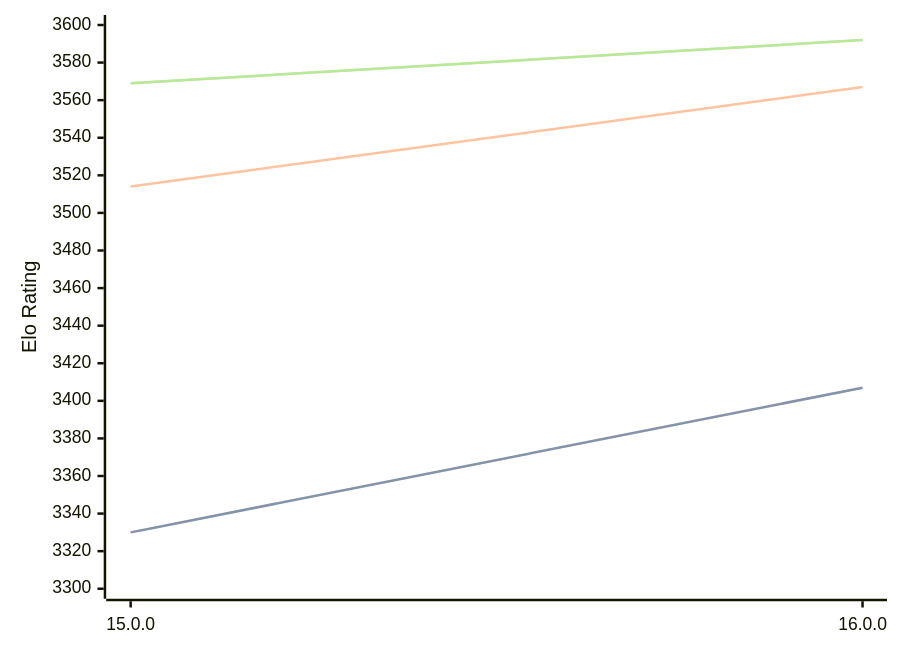
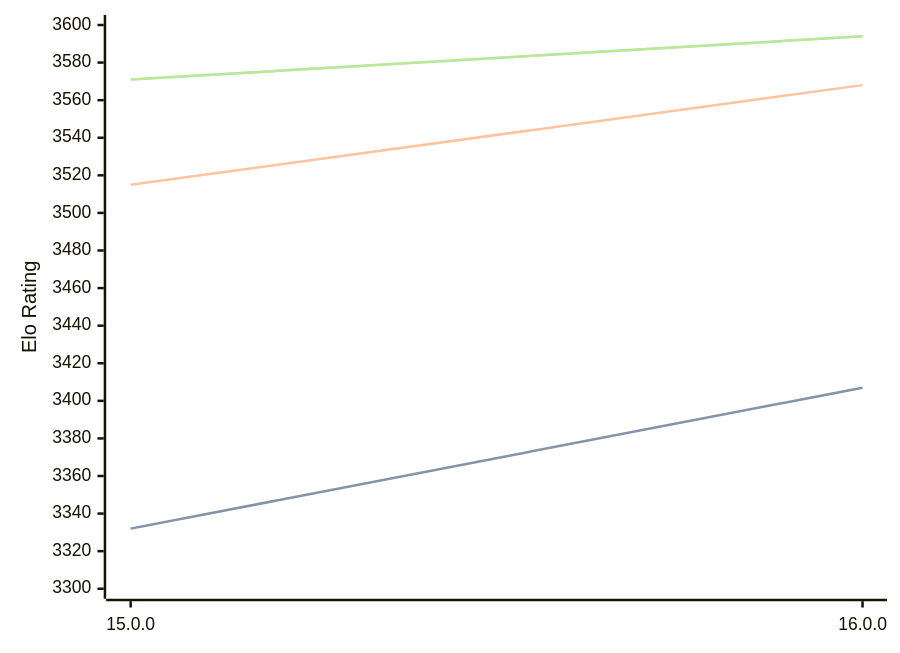
The diagram in engines/Halogen.md (computer-chess-index/cci), drawn with Mermaid before and after one commit. The commit also changed other lines of this file, not shown here.

Commit message:
Update CCI Ratings (ELO VLTC) - 2026-05-03

````diff
--- a/engines/Halogen.md
+++ b/engines/Halogen.md
@@ -50,11 +50,11 @@
 ```mermaid
 %%{init: {"theme":"base","themeVariables":{"seriesColors:['#a3a3a3','#222221','#faa371']}}}%%
 xychart-beta
   x-axis ["15.0.0", "16.0.0"]
   y-axis "Elo Rating" 3300 --> 3600
-  line "STC (8.0+0.08s)" [3330, 3407]
-  line "STC (8.0+0.08s)" [3330, 3407]
-  line "LTC (60.0+0.60s)" [3514, 3567]
-  line "VLTC (2m24s+1.12s)" [3569, 3592]
-  line "VLTC (2m24s+1.12s)" [3569, 3592]
+  line "STC (8.0+0.08s)" [3332, 3407]
+  line "STC (8.0+0.08s)" [3332, 3407]
+  line "LTC (60.0+0.60s)" [3515, 3568]
+  line "VLTC (2m24s+1.12s)" [3571, 3594]
+  line "VLTC (2m24s+1.12s)" [3571, 3594]
 ```
````
